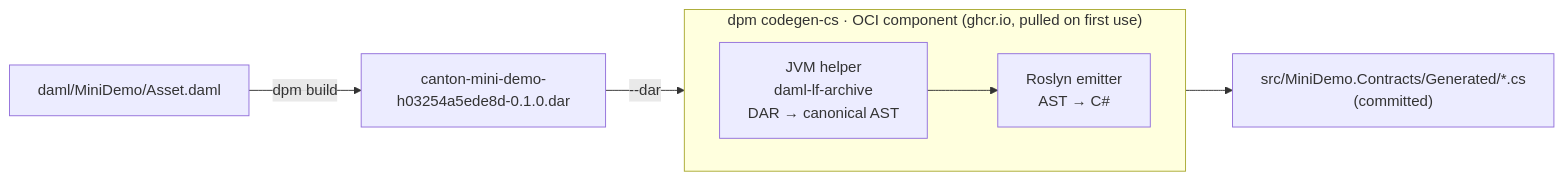
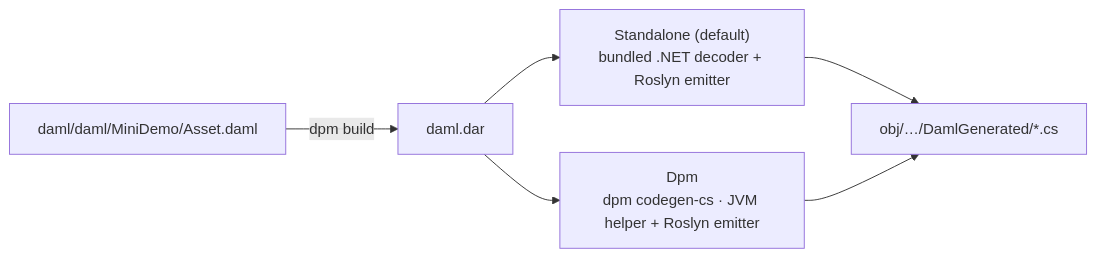
The second of 3 diagrams in docs/public/how-it-works.md (peacefulstudio/canton-dotnet-sdk-mini-demo), drawn with Mermaid before and after one commit. The commit also changed other lines of this file and 30 other files, not shown here.

````diff
--- a/docs/public/how-it-works.md
+++ b/docs/public/how-it-works.md
@@ -78,10 +79,8 @@
 ```mermaid
 flowchart LR
-    A["daml/MiniDemo/Asset.daml"] -->|"dpm build"| B["canton-mini-demo-h03254a5ede8d-0.1.0.dar"]
-    subgraph OCI["dpm codegen-cs · OCI component (ghcr.io, pulled on first use)"]
-        direction LR
-        J["JVM helper<br/>daml-lf-archive<br/>DAR → canonical AST"] --> R["Roslyn emitter<br/>AST → C#"]
-    end
-    B -->|"--dar"| J
-    R --> D["src/MiniDemo.Contracts/Generated/*.cs<br/>(committed)"]
+    A["daml/daml/MiniDemo/Asset.daml"] -->|"dpm build"| B["daml.dar"]
+    B --> S["Standalone (default)<br/>bundled .NET decoder + Roslyn emitter"]
+    B --> P["Dpm<br/>dpm codegen-cs · JVM helper + Roslyn emitter"]
+    S --> D["obj/…/DamlGenerated/*.cs"]
+    P --> D
 ```
````
